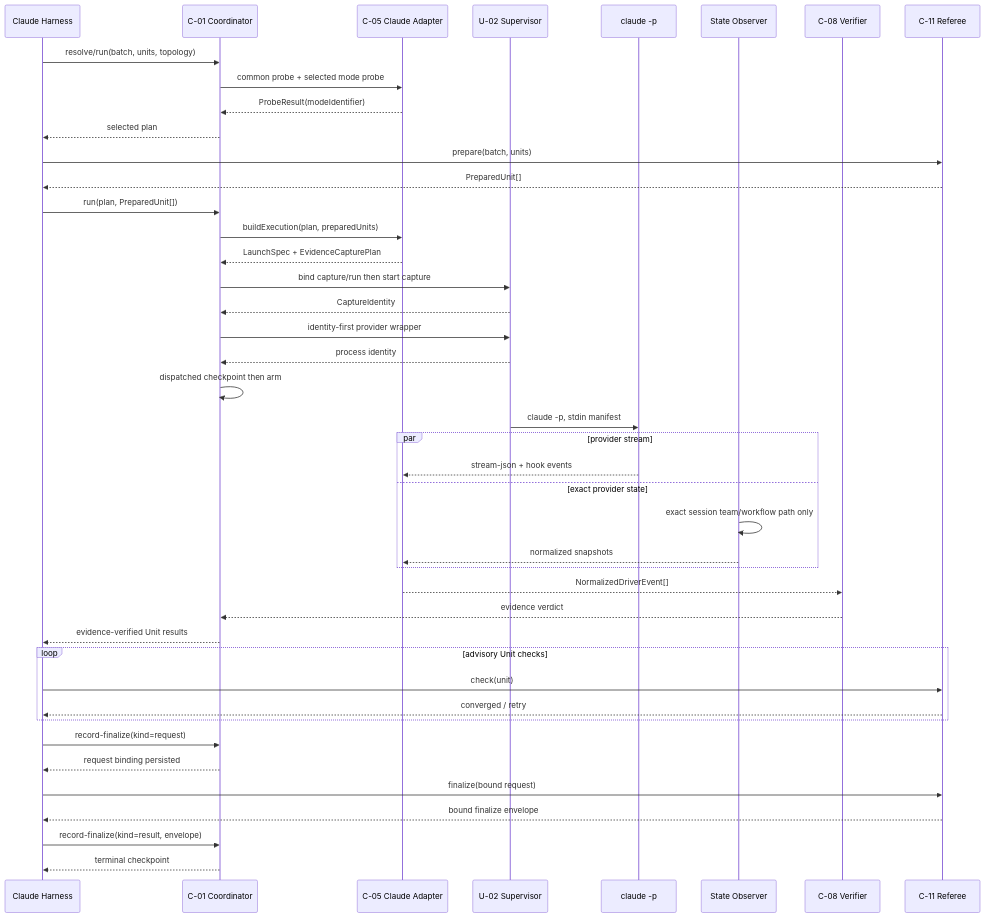
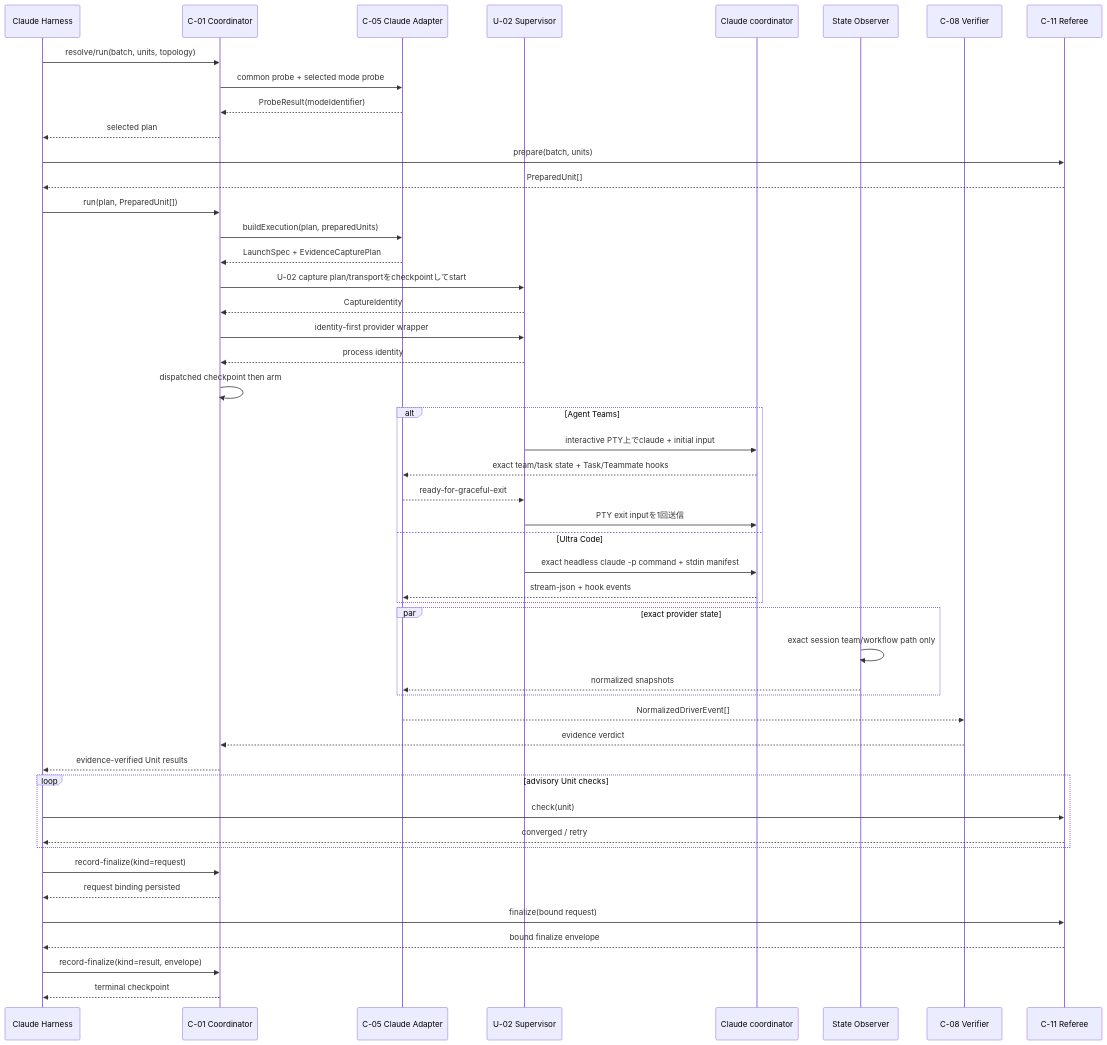
One commit to amadeus-dlc/amadeus changed the diagram in amadeus/spaces/default/intents/260713-swarm-driver-migration/construction/claude-native-driver/functional-design/business-logic-model.md. Above: the diagram before and after it, drawn with Mermaid. The commit also changed other lines of this file and 64 other files, not shown here.

````diff
--- a/amadeus/spaces/default/intents/260713-swarm-driver-migration/construction/claude-native-driver/functional-design/business-logic-model.md
+++ b/amadeus/spaces/default/intents/260713-swarm-driver-migration/construction/claude-native-driver/functional-design/business-logic-model.md
@@ -58,46 +45,52 @@
 ```mermaid
 sequenceDiagram
   participant H as Claude Harness
   participant C as C-01 Coordinator
   participant A as C-05 Claude Adapter
   participant S as U-02 Supervisor
-  participant P as claude -p
+  participant P as Claude coordinator
   participant O as State Observer
   participant V as C-08 Verifier
   participant R as C-11 Referee
 
   H->>C: resolve/run(batch, units, topology)
   C->>A: common probe + selected mode probe
   A-->>C: ProbeResult(modeIdentifier)
   C-->>H: selected plan
   H->>R: prepare(batch, units)
   R-->>H: PreparedUnit[]
   H->>C: run(plan, PreparedUnit[])
   C->>A: buildExecution(plan, preparedUnits)
   A-->>C: LaunchSpec + EvidenceCapturePlan
-  C->>S: bind capture/run then start capture
+  C->>S: U-02 capture plan/transportをcheckpointしてstart
   S-->>C: CaptureIdentity
   C->>S: identity-first provider wrapper
   S-->>C: process identity
   C->>C: dispatched checkpoint then arm
-  S->>P: claude -p, stdin manifest
-  par provider stream
+  alt Agent Teams
+    S->>P: interactive PTY上でclaude + initial input
+    P-->>A: exact team/task state + Task/Teammate hooks
+    A-->>S: ready-for-graceful-exit
+    S->>P: PTY exit inputを1回送信
+  else Ultra Code
+    S->>P: exact headless claude -p command + stdin manifest
     P-->>A: stream-json + hook events
-  and exact provider state
+  end
+  par exact provider state
     O->>O: exact session team/workflow path only
     O-->>A: normalized snapshots
   end
   A-->>V: NormalizedDriverEvent[]
   V-->>C: evidence verdict
   C-->>H: evidence-verified Unit results
   loop advisory Unit checks
     H->>R: check(unit)
     R-->>H: converged / retry
   end
   H->>C: record-finalize(kind=request)
   C-->>H: request binding persisted
   H->>R: finalize(bound request)
   R-->>H: bound finalize envelope
   H->>C: record-finalize(kind=result, envelope)
   C-->>H: terminal checkpoint
 ```
````
